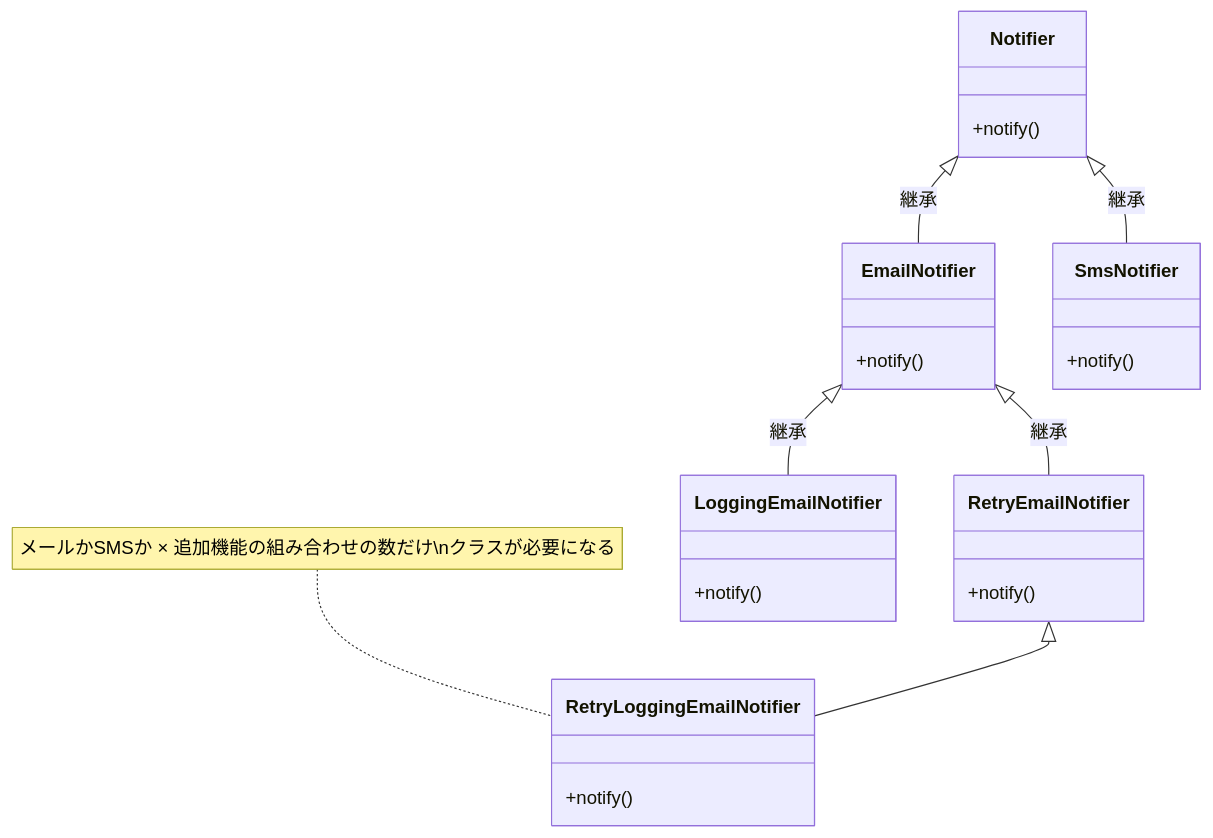
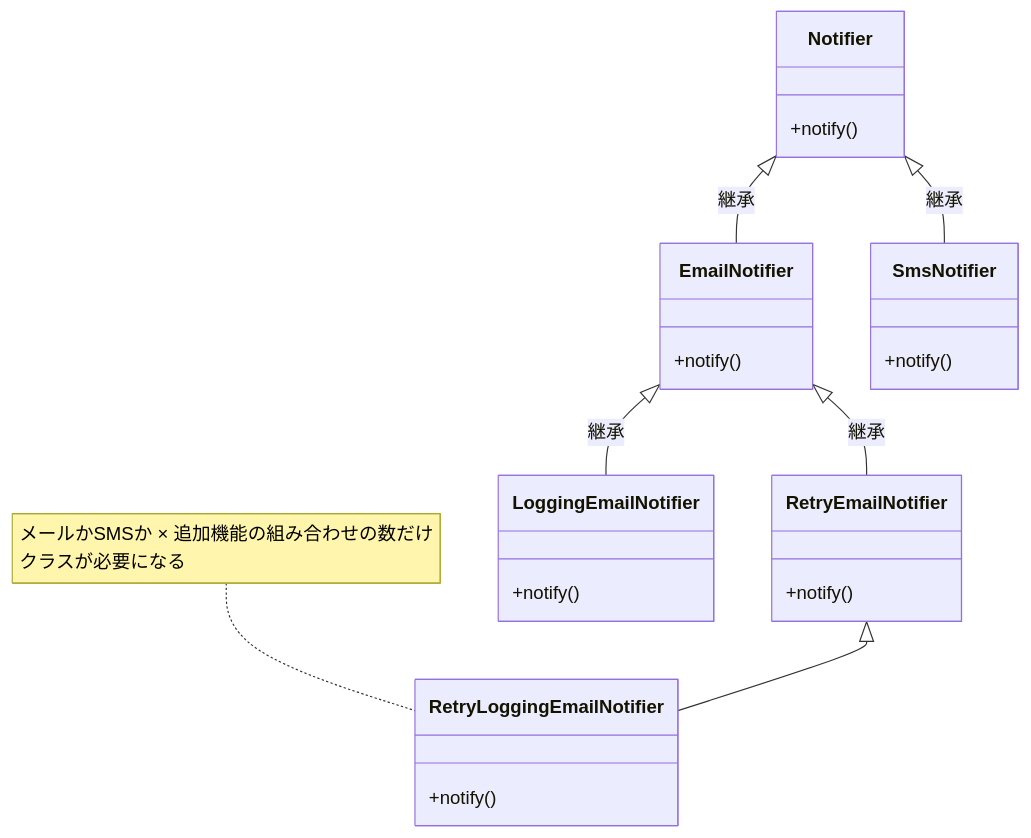
The fifth of 8 diagrams in kindle/design-patterns/output/chapter00.md (kumachan1101-pixel/DesignPattern), drawn with Mermaid before and after one commit. The commit also changed other lines of this file, not shown here.

Commit message:
Fix Task 19, 21: Add note explaining how composition aligns with Philosophy 1, and fix Mermaid newline tags

````diff
--- a/kindle/design-patterns/output/chapter00.md
+++ b/kindle/design-patterns/output/chapter00.md
@@ -512,29 +512,29 @@
 ```mermaid
 classDiagram
     class Notifier {
         +notify()
     }
     class EmailNotifier {
         +notify()
     }
     class SmsNotifier {
         +notify()
     }
     class RetryEmailNotifier {
         +notify()
     }
     class LoggingEmailNotifier {
         +notify()
     }
     class RetryLoggingEmailNotifier {
         +notify()
     }
 
     Notifier <|-- EmailNotifier : 継承
     Notifier <|-- SmsNotifier : 継承
     EmailNotifier <|-- RetryEmailNotifier : 継承
     EmailNotifier <|-- LoggingEmailNotifier : 継承
     RetryEmailNotifier <|-- RetryLoggingEmailNotifier
     
-    note for RetryLoggingEmailNotifier "メールかSMSか × 追加機能の組み合わせの数だけ\nクラスが必要になる"
+    note for RetryLoggingEmailNotifier "メールかSMSか × 追加機能の組み合わせの数だけ<br>クラスが必要になる"
 ```
````
